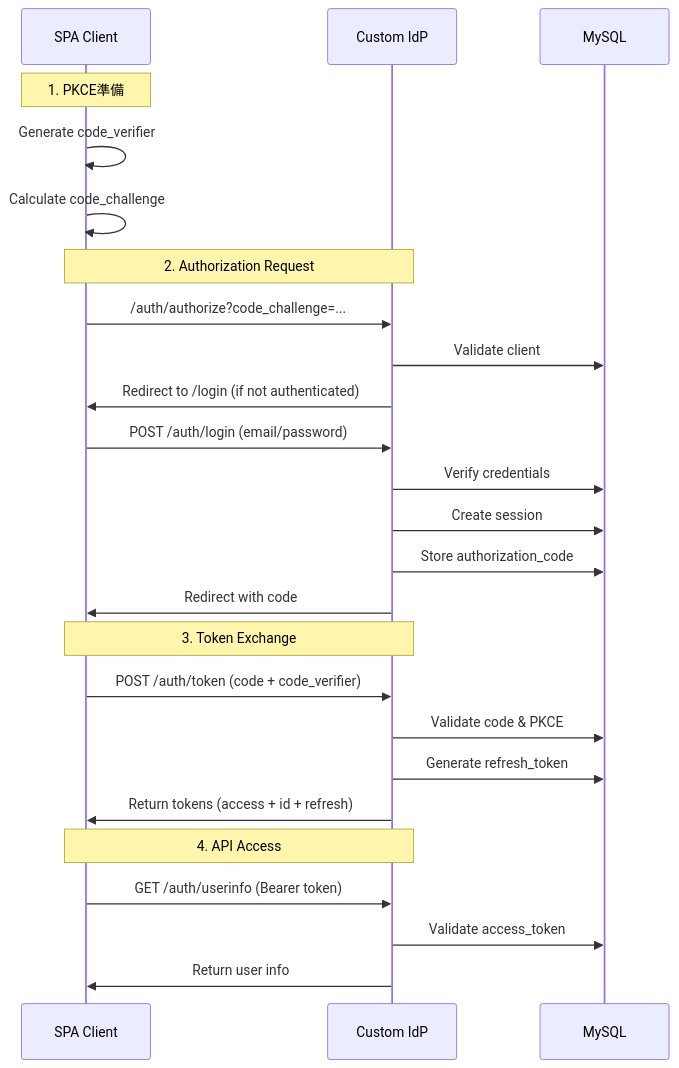
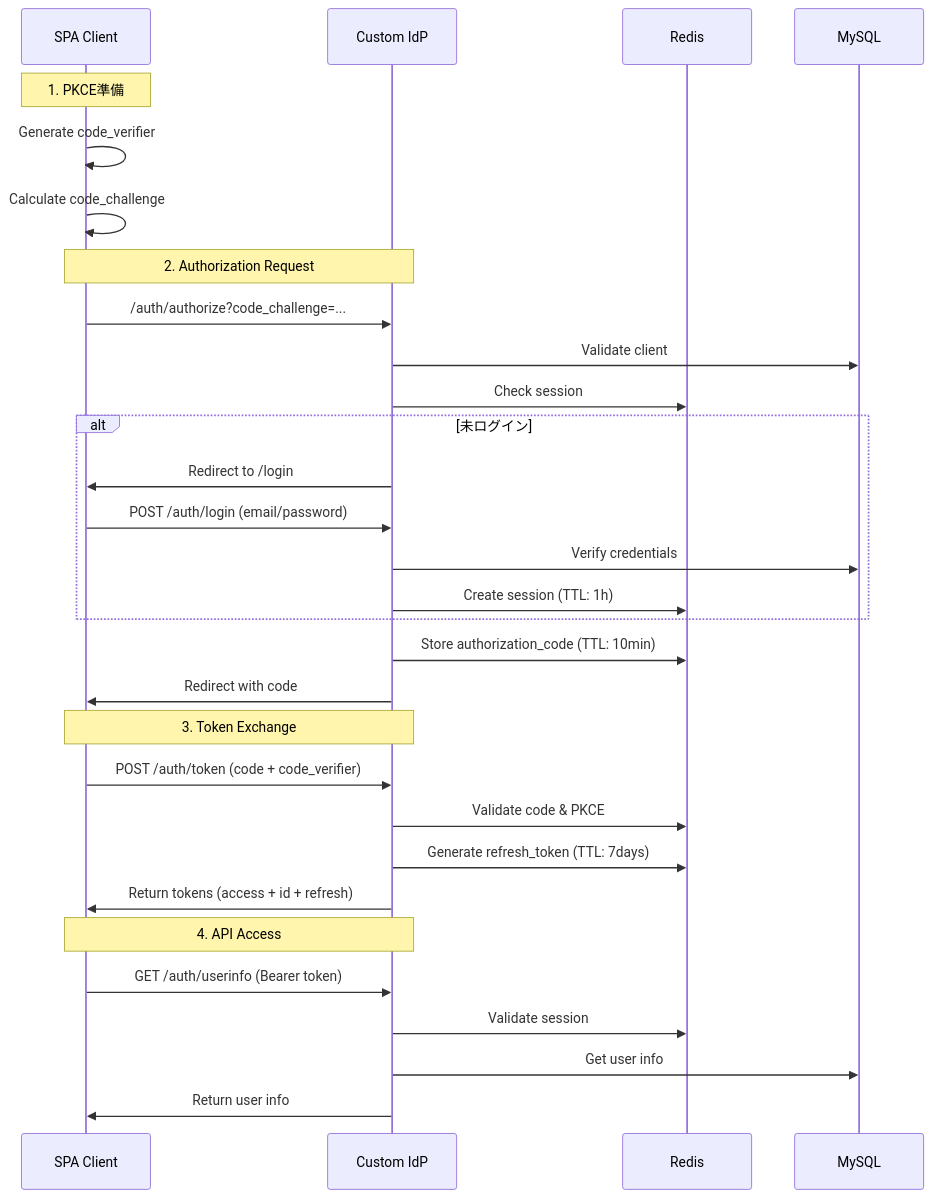
Before and after one commit to shukubota/idps: the third of 3 diagrams in providers/custom/README.md, drawn with Mermaid. The commit also changed other lines of this file and 18 other files, not shown here.

````diff
--- a/providers/custom/README.md
+++ b/providers/custom/README.md
@@ -255,31 +365,36 @@
 ```mermaid
 sequenceDiagram
     participant SPA as SPA Client
     participant IdP as Custom IdP
-    participant DB as MySQL
+    participant Redis as Redis
+    participant MySQL as MySQL
     
     Note over SPA: 1. PKCE準備
     SPA->>SPA: Generate code_verifier
     SPA->>SPA: Calculate code_challenge
     
     Note over SPA,IdP: 2. Authorization Request
     SPA->>IdP: /auth/authorize?code_challenge=...
-    IdP->>DB: Validate client
-    IdP->>SPA: Redirect to /login (if not authenticated)
-    SPA->>IdP: POST /auth/login (email/password)
-    IdP->>DB: Verify credentials
-    IdP->>DB: Create session
-    IdP->>DB: Store authorization_code
+    IdP->>MySQL: Validate client
+    IdP->>Redis: Check session
+    alt 未ログイン
+        IdP->>SPA: Redirect to /login
+        SPA->>IdP: POST /auth/login (email/password)
+        IdP->>MySQL: Verify credentials
+        IdP->>Redis: Create session (TTL: 1h)
+    end
+    IdP->>Redis: Store authorization_code (TTL: 10min)
     IdP->>SPA: Redirect with code
     
     Note over SPA,IdP: 3. Token Exchange
     SPA->>IdP: POST /auth/token (code + code_verifier)
-    IdP->>DB: Validate code & PKCE
-    IdP->>DB: Generate refresh_token
+    IdP->>Redis: Validate code & PKCE
+    IdP->>Redis: Generate refresh_token (TTL: 7days)
     IdP->>SPA: Return tokens (access + id + refresh)
     
     Note over SPA,IdP: 4. API Access
     SPA->>IdP: GET /auth/userinfo (Bearer token)
-    IdP->>DB: Validate access_token
+    IdP->>Redis: Validate session
+    IdP->>MySQL: Get user info
     IdP->>SPA: Return user info
 ```
````
